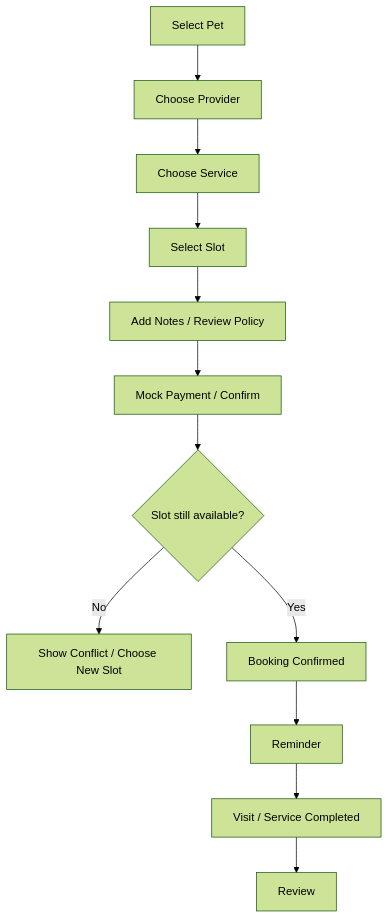
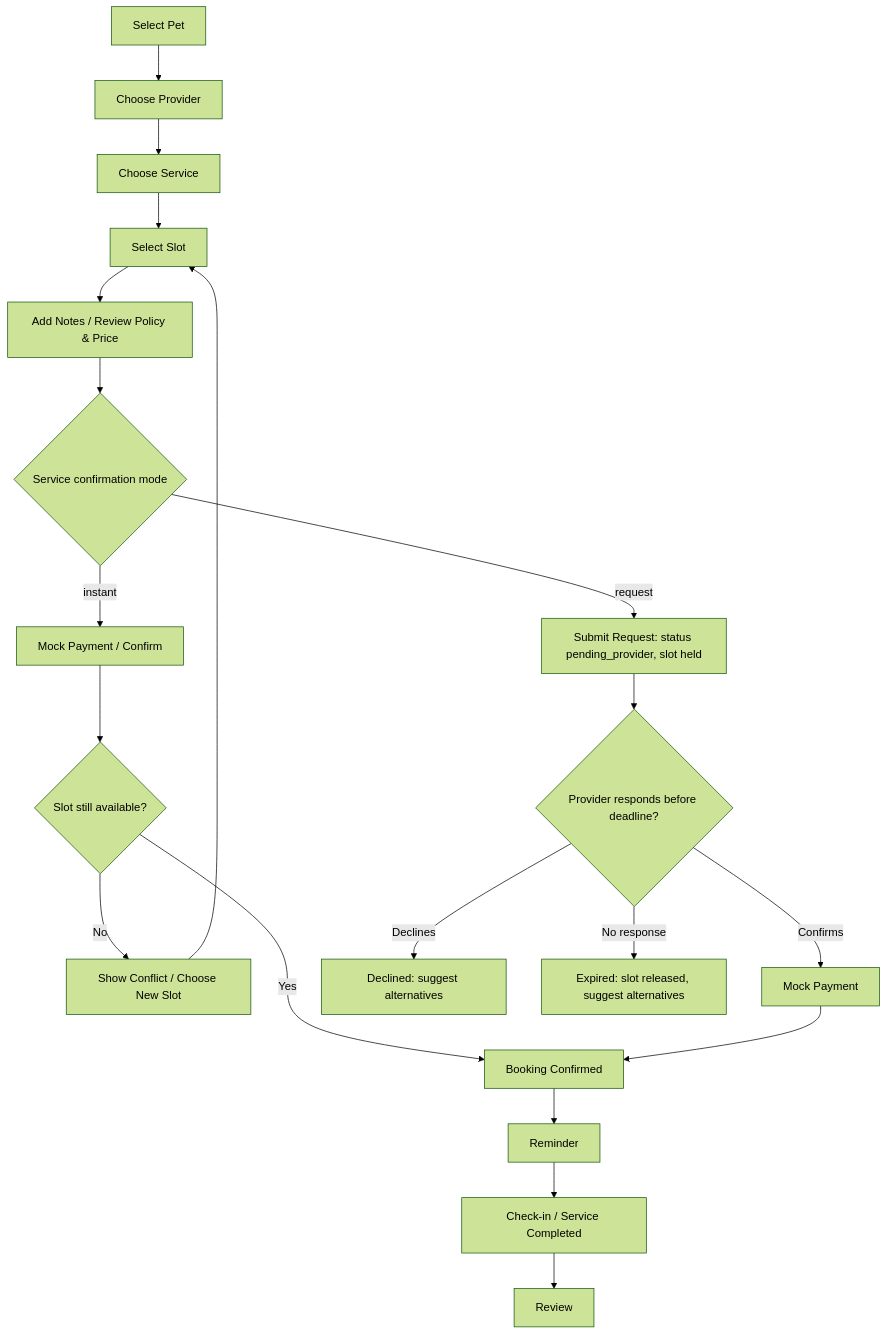
Before and after one commit to ramesh182rr/petfinity: the diagram in docs/diagrams/booking_flow.mmd, drawn with Mermaid (forest theme). The commit also changed 113 other files, not shown here.

First line of the commit message:
feat: complete Phase 1 foundation and record booking/role decisions

```diff
--- a/docs/diagrams/booking_flow.mmd
+++ b/docs/diagrams/booking_flow.mmd
@@ -1,12 +1,20 @@
+%% Vet appointment booking — decisions 0004 (confirmation model) and 0005 (unified bookings)
 flowchart TD
   A[Select Pet] --> B[Choose Provider]
   B --> C[Choose Service]
   C --> D[Select Slot]
-  D --> E[Add Notes / Review Policy]
-  E --> F[Mock Payment / Confirm]
+  D --> E[Add Notes / Review Policy & Price]
+  E --> M{Service confirmation mode}
+  M -- instant --> F[Mock Payment / Confirm]
   F --> G{Slot still available?}
   G -- No --> H[Show Conflict / Choose New Slot]
+  H --> D
   G -- Yes --> I[Booking Confirmed]
+  M -- request --> R[Submit Request: status pending_provider, slot held]
+  R --> P{Provider responds before deadline?}
+  P -- Confirms --> RP[Mock Payment] --> I
+  P -- Declines --> X[Declined: suggest alternatives]
+  P -- No response --> Y[Expired: slot released, suggest alternatives]
   I --> J[Reminder]
-  J --> K[Visit / Service Completed]
+  J --> K[Check-in / Service Completed]
   K --> L[Review]
```
